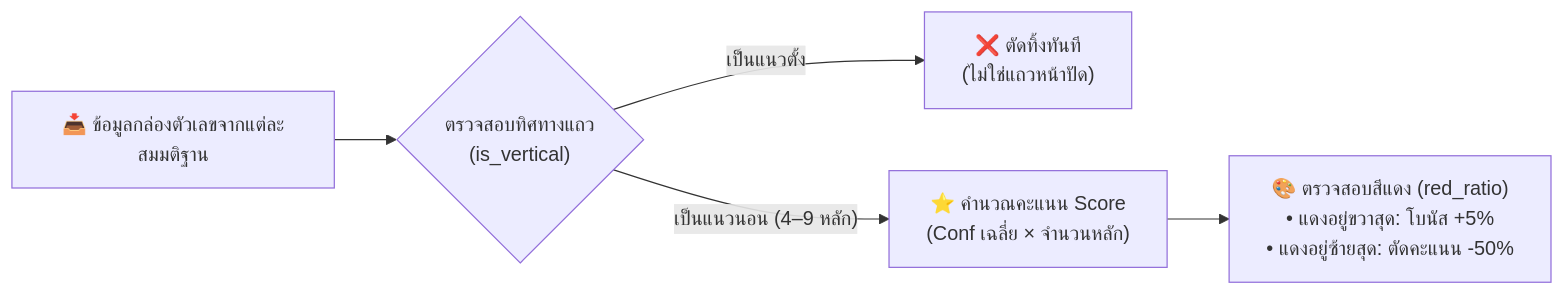
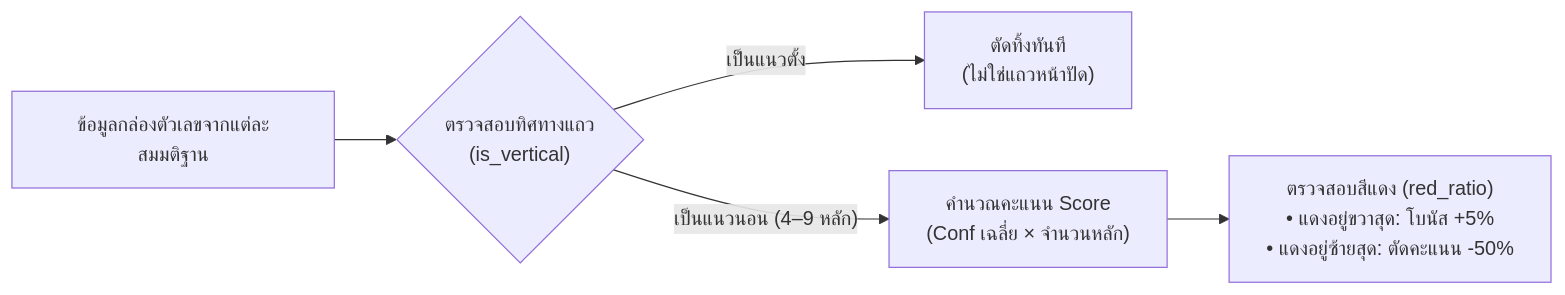
Before and after one commit to jirathxz/meter-reader: diagram 12 of 17 in TUTORIAL.md, drawn with Mermaid. The commit also changed other lines of this file and 1 other file, not shown here.

Commit message:
style(docs): remove all emojis across documentation and mermaid diagrams

````diff
--- a/TUTORIAL.md
+++ b/TUTORIAL.md
@@ -910,7 +910,7 @@
 ```mermaid
 flowchart LR
-  A1["📥 ข้อมูลกล่องตัวเลขจากแต่ละสมมติฐาน"] --> B1{"ตรวจสอบทิศทางแถว<br/>(is_vertical)"}
-  B1 -->|"เป็นแนวตั้ง"| C1["❌ ตัดทิ้งทันที<br/>(ไม่ใช่แถวหน้าปัด)"]
-  B1 -->|"เป็นแนวนอน (4–9 หลัก)"| D1["⭐ คำนวณคะแนน Score<br/>(Conf เฉลี่ย × จำนวนหลัก)"]
-  D1 --> E1["🎨 ตรวจสอบสีแดง (red_ratio)<br/>• แดงอยู่ขวาสุด: โบนัส +5%<br/>• แดงอยู่ซ้ายสุด: ตัดคะแนน -50%"]
+  A1["ข้อมูลกล่องตัวเลขจากแต่ละสมมติฐาน"] --> B1{"ตรวจสอบทิศทางแถว<br/>(is_vertical)"}
+  B1 -->|"เป็นแนวตั้ง"| C1["ตัดทิ้งทันที<br/>(ไม่ใช่แถวหน้าปัด)"]
+  B1 -->|"เป็นแนวนอน (4–9 หลัก)"| D1["คำนวณคะแนน Score<br/>(Conf เฉลี่ย × จำนวนหลัก)"]
+  D1 --> E1["ตรวจสอบสีแดง (red_ratio)<br/>• แดงอยู่ขวาสุด: โบนัส +5%<br/>• แดงอยู่ซ้ายสุด: ตัดคะแนน -50%"]
 ```
````
